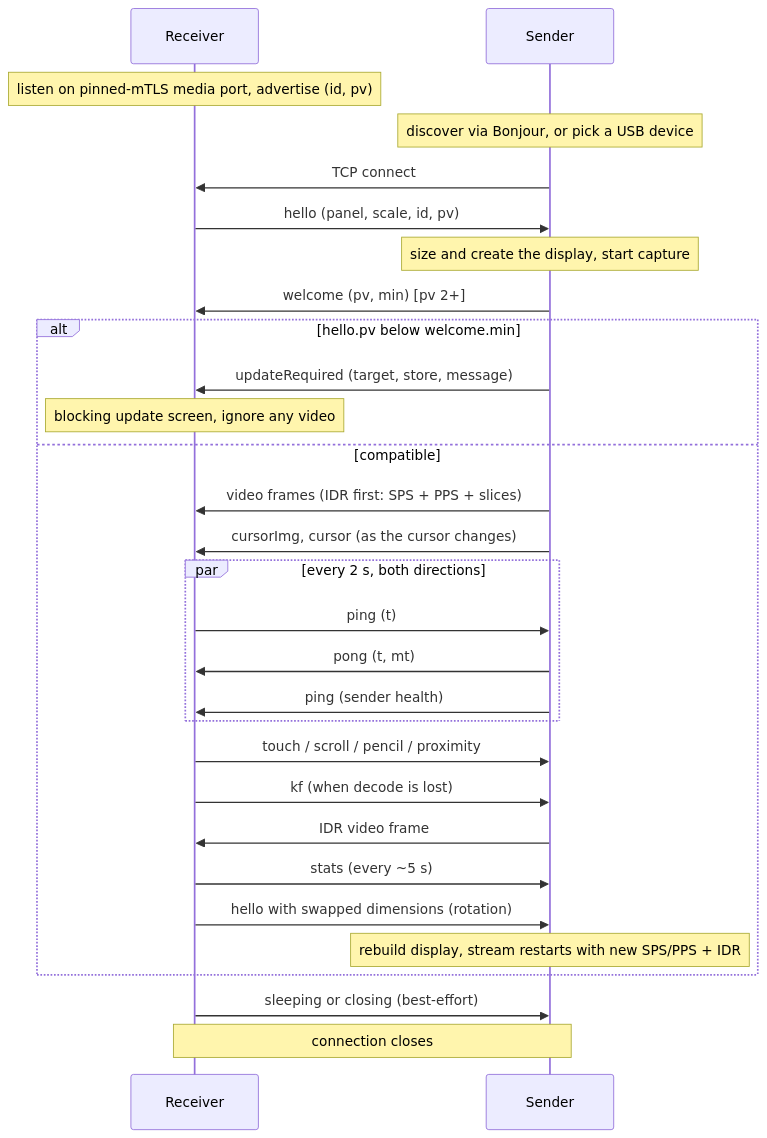
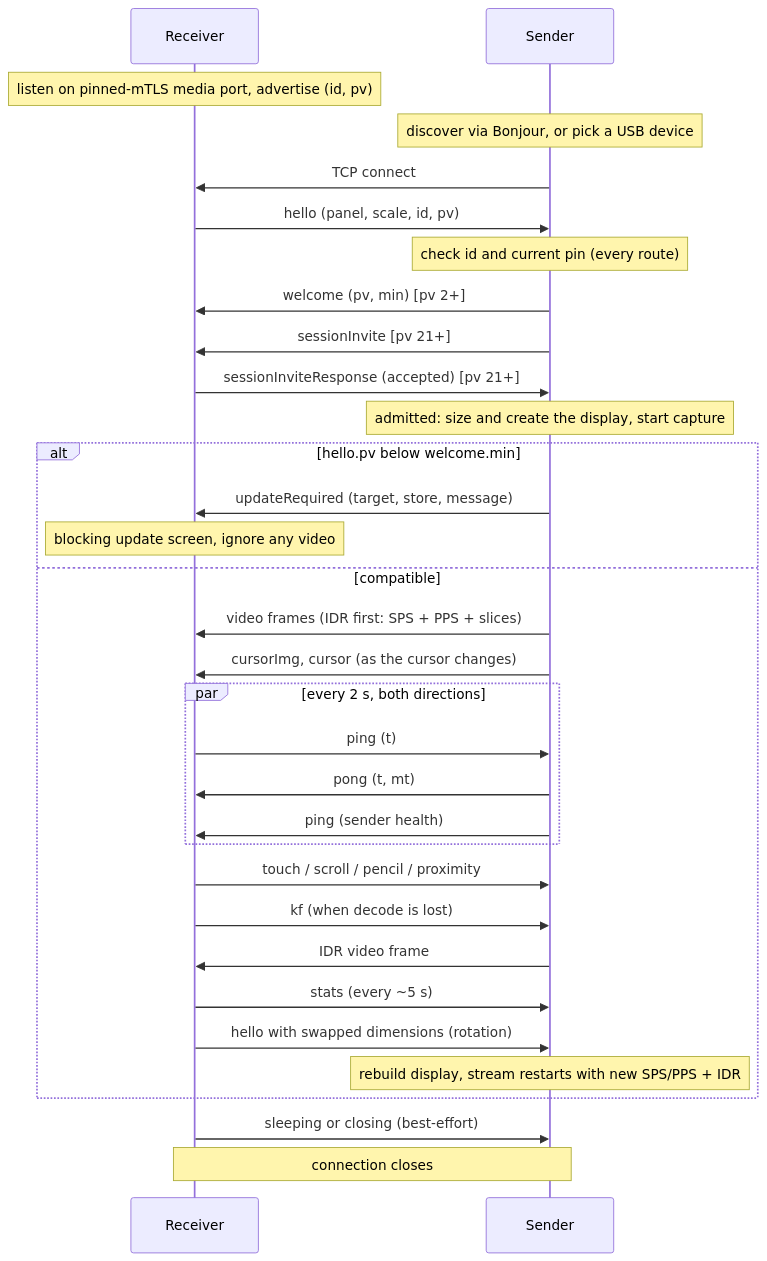
Before and after one commit to raiseCatError/meowdisplay: the diagram in PROTOCOL.md, drawn with Mermaid. The commit also changed other lines of this file and 2 other files, not shown here.

````diff
--- a/PROTOCOL.md
+++ b/PROTOCOL.md
@@ -1070,31 +1130,34 @@
 ```mermaid
 sequenceDiagram
     participant R as Receiver
     participant S as Sender
     Note over R: listen on pinned-mTLS media port, advertise (id, pv)
     Note over S: discover via Bonjour, or pick a USB device
     S->>R: TCP connect
     R->>S: hello (panel, scale, id, pv)
-    Note over S: size and create the display, start capture
+    Note over S: check id and current pin (every route)
     S->>R: welcome (pv, min) [pv 2+]
+    S->>R: sessionInvite [pv 21+]
+    R->>S: sessionInviteResponse (accepted) [pv 21+]
+    Note over S: admitted: size and create the display, start capture
     alt hello.pv below welcome.min
         S->>R: updateRequired (target, store, message)
         Note over R: blocking update screen, ignore any video
     else compatible
         S->>R: video frames (IDR first: SPS + PPS + slices)
         S->>R: cursorImg, cursor (as the cursor changes)
         par every 2 s, both directions
             R->>S: ping (t)
             S->>R: pong (t, mt)
             S->>R: ping (sender health)
         end
         R->>S: touch / scroll / pencil / proximity
         R->>S: kf (when decode is lost)
         S->>R: IDR video frame
         R->>S: stats (every ~5 s)
         R->>S: hello with swapped dimensions (rotation)
         Note over S: rebuild display, stream restarts with new SPS/PPS + IDR
     end
     R->>S: sleeping or closing (best-effort)
     Note over R,S: connection closes
 ```
````
